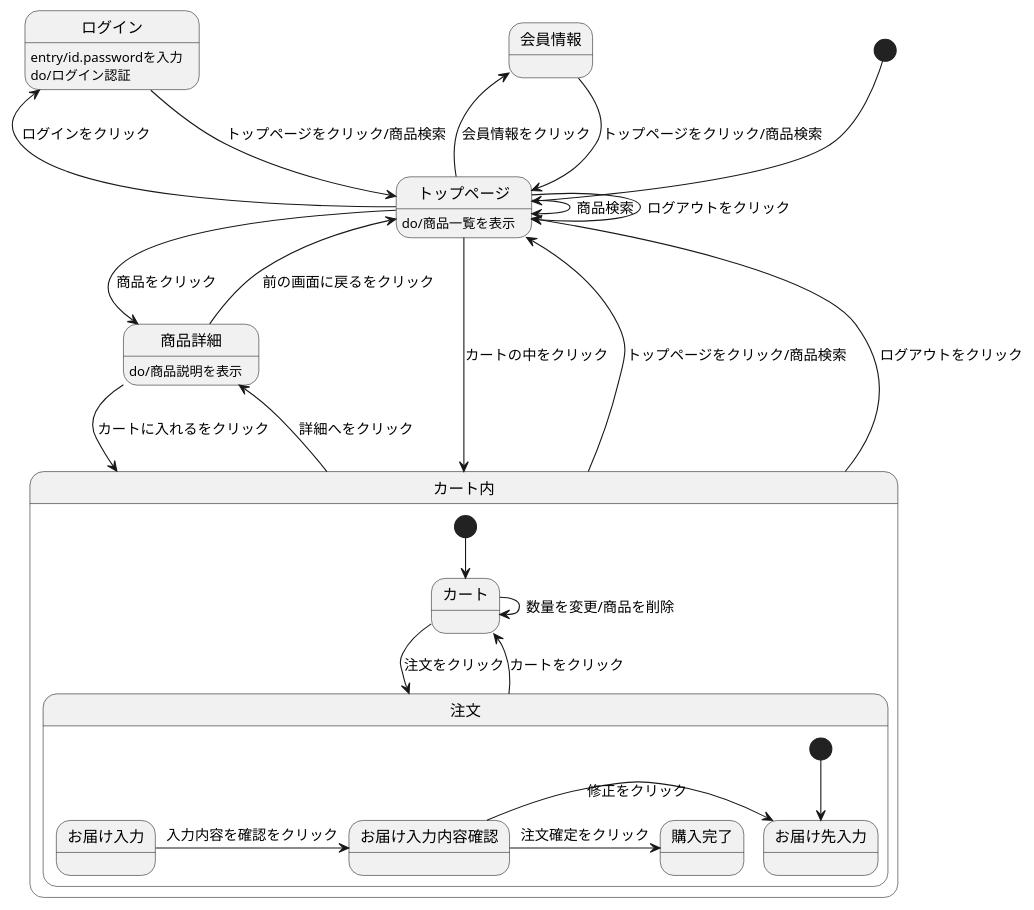
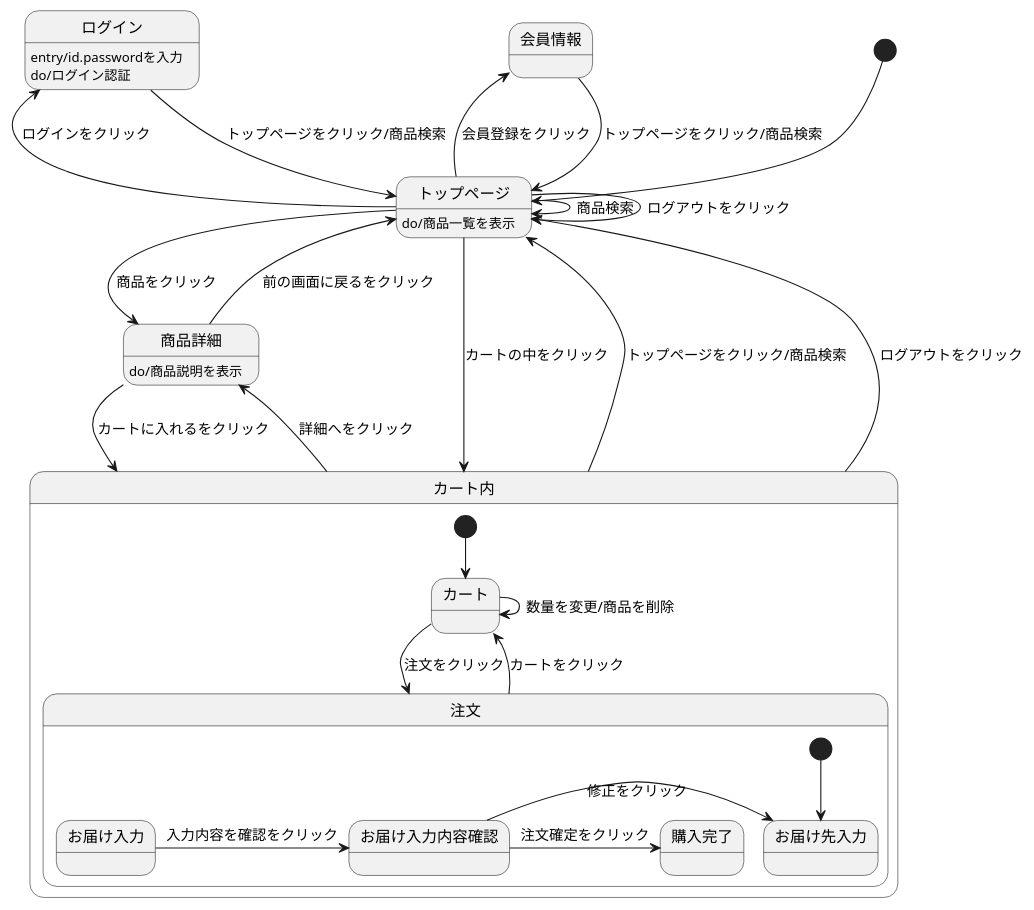
The diagram in gamenseni..md (Aso2001176/2021sys-design), drawn with PlantUML before and after one commit.

```diff
--- a/gamenseni..md
+++ b/gamenseni..md
@@ -1,33 +1,33 @@
 @startuml
 [*] --> トップページ
 会員情報 --> トップページ : トップページをクリック/商品検索
 ログイン --> トップページ : トップページをクリック/商品検索
 ログイン : entry/id.passwordを入力
 ログイン : do/ログイン認証
 トップページ --> トップページ : ログアウトをクリック
 トップページ -> トップページ : 商品検索
 トップページ -> 商品詳細 : 商品をクリック
-トップページ -left-> 会員情報 : 会員情報をクリック
+トップページ -left-> 会員情報 : 会員登録をクリック
 トップページ -left-> ログイン : ログインをクリック
 トップページ --> カート内 : カートの中をクリック
 トップページ : do/商品一覧を表示
 商品詳細 --> カート内 : カートに入れるをクリック
 商品詳細 --> トップページ : 前の画面に戻るをクリック
 商品詳細 : do/商品説明を表示
 カート内 -up-> トップページ : トップページをクリック/商品検索
 カート内 -up-> トップページ : ログアウトをクリック
 カート内 -> 商品詳細 : 詳細へをクリック
 
 state カート内{
 [*] --> カート
 カート -> 注文 : 注文をクリック
 カート -> カート : 数量を変更/商品を削除
 注文 --> カート : カートをクリック
 state 注文{
 [*] --> お届け先入力
 お届け入力 -> お届け入力内容確認 : 入力内容を確認をクリック
 お届け入力内容確認 -> お届け先入力 : 修正をクリック
 お届け入力内容確認 -> 購入完了 : 注文確定をクリック
 }
 }
 @enduml
```
